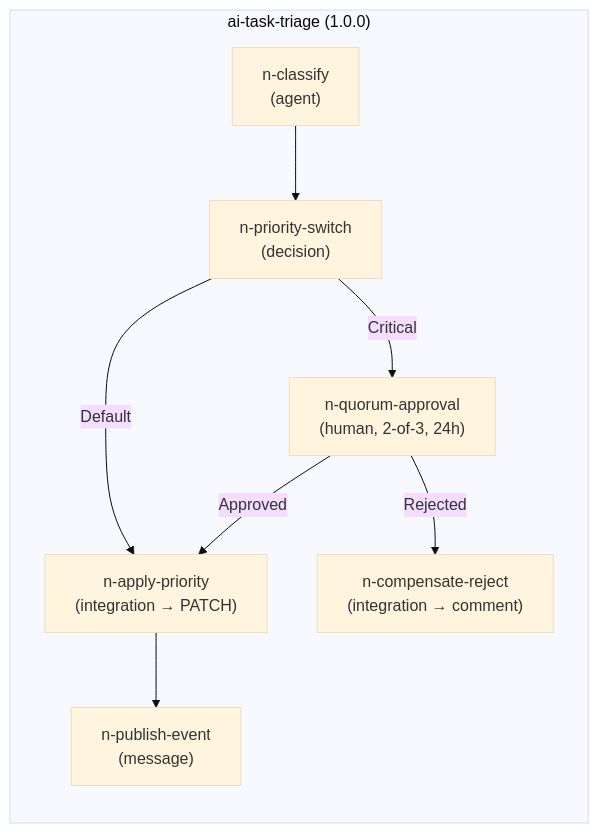
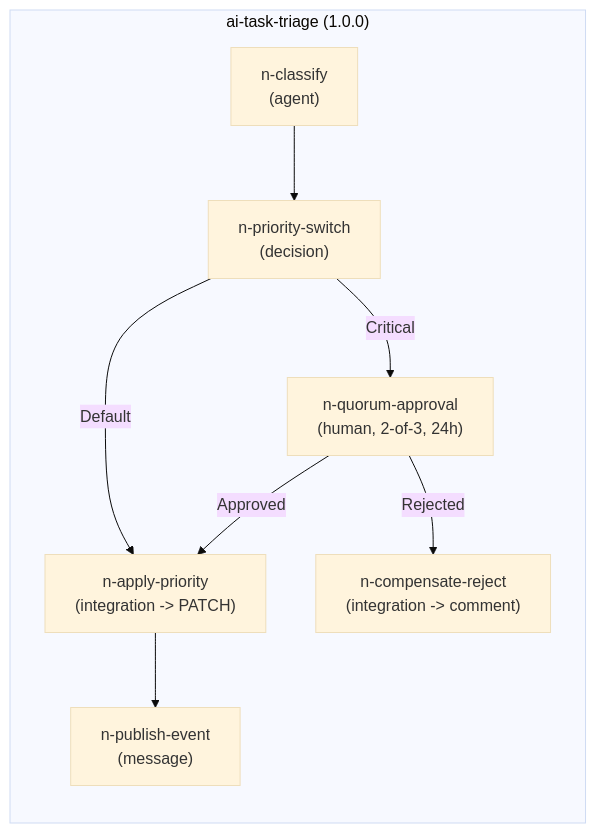
Diagram 19 of 22 in docs/tech-design.md (efreeman518/AI-Instructions-ReferenceApp), drawn with Mermaid (base theme) before and after one commit. The commit also changed other lines of this file and 139 other files, not shown here.

````diff
--- a/docs/tech-design.md
+++ b/docs/tech-design.md
@@ -1389,11 +1389,11 @@
 ```mermaid
 graph LR
     subgraph triage["ai-task-triage (1.0.0)"]
         T1["n-classify<br/>(agent)"] --> T2["n-priority-switch<br/>(decision)"]
         T2 -->|"Critical"| T3["n-quorum-approval<br/>(human, 2-of-3, 24h)"]
-        T2 -->|"Default"| T4["n-apply-priority<br/>(integration → PATCH)"]
+        T2 -->|"Default"| T4["n-apply-priority<br/>(integration -> PATCH)"]
         T3 -->|"Approved"| T4
-        T3 -->|"Rejected"| T5["n-compensate-reject<br/>(integration → comment)"]
+        T3 -->|"Rejected"| T5["n-compensate-reject<br/>(integration -> comment)"]
         T4 --> T6["n-publish-event<br/>(message)"]
     end
 ```
````
